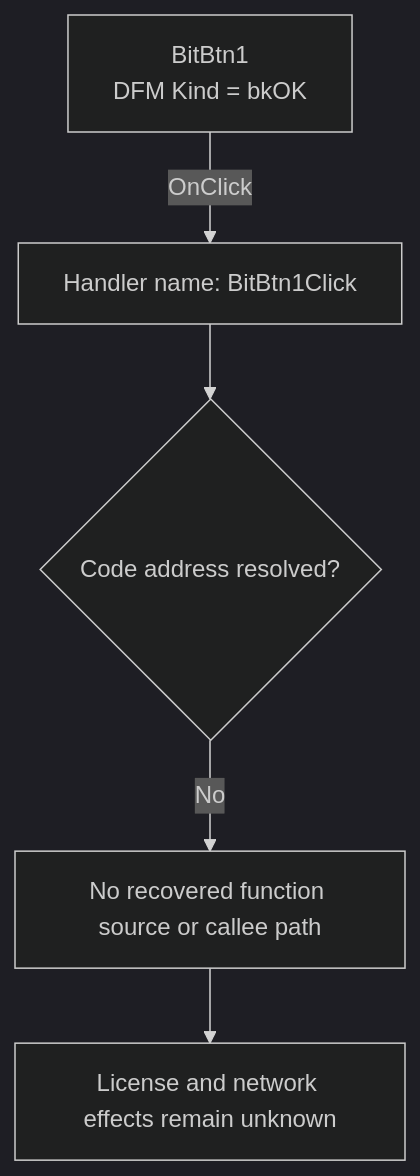
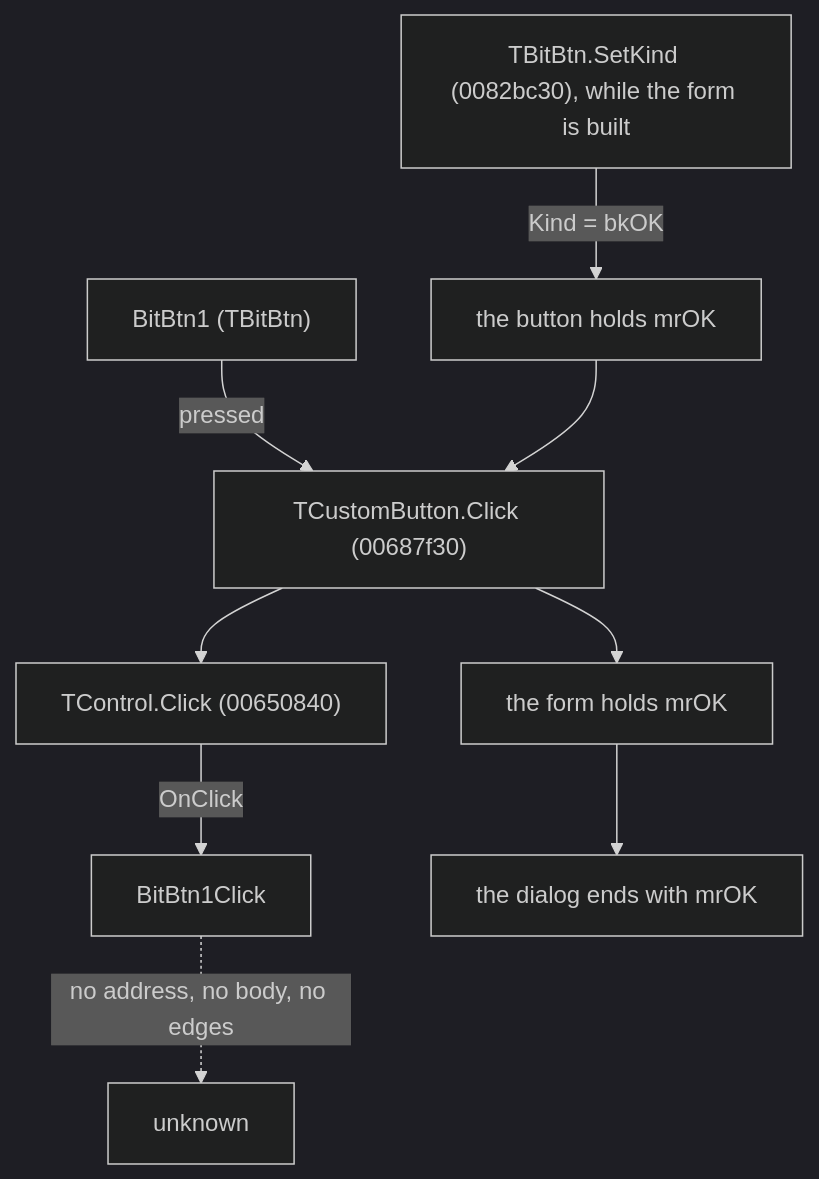
Before and after one commit to MovGP0/TIARA: the diagram in docs/ui-controls/suspendauthdlg/bitbtn1-63de13baec.md, drawn with Mermaid (dark theme). The commit also changed other lines of this file and 106 other files, not shown here.

````diff
--- a/docs/ui-controls/suspendauthdlg/bitbtn1-63de13baec.md
+++ b/docs/ui-controls/suspendauthdlg/bitbtn1-63de13baec.md
@@ -35,7 +31,14 @@
 ```mermaid
 flowchart TD
-    control["BitBtn1<br/>DFM Kind = bkOK"] -->|"OnClick"| binding["Handler name: BitBtn1Click"]
-    binding --> address{"Code address resolved?"}
-    address -->|"No"| gap["No recovered function source or callee path"]
-    gap --> unknown["License and network effects remain unknown"]
+    control["BitBtn1 (TBitBtn)"]
+    handler["BitBtn1Click"]
+    setkind["TBitBtn.SetKind (0082bc30), while the form is built"]
+    setkind -->|"Kind = bkOK"| held["the button holds mrOK"]
+    control -->|"pressed"| press["TCustomButton.Click (00687f30)"]
+    held --> press
+    press --> onform["the form holds mrOK"]
+    press --> dispatch["TControl.Click (00650840)"]
+    dispatch -->|"OnClick"| handler
+    onform --> close["the dialog ends with mrOK"]
+    handler -.->|"no address, no body, no edges"| gone["unknown"]
 ```
````
